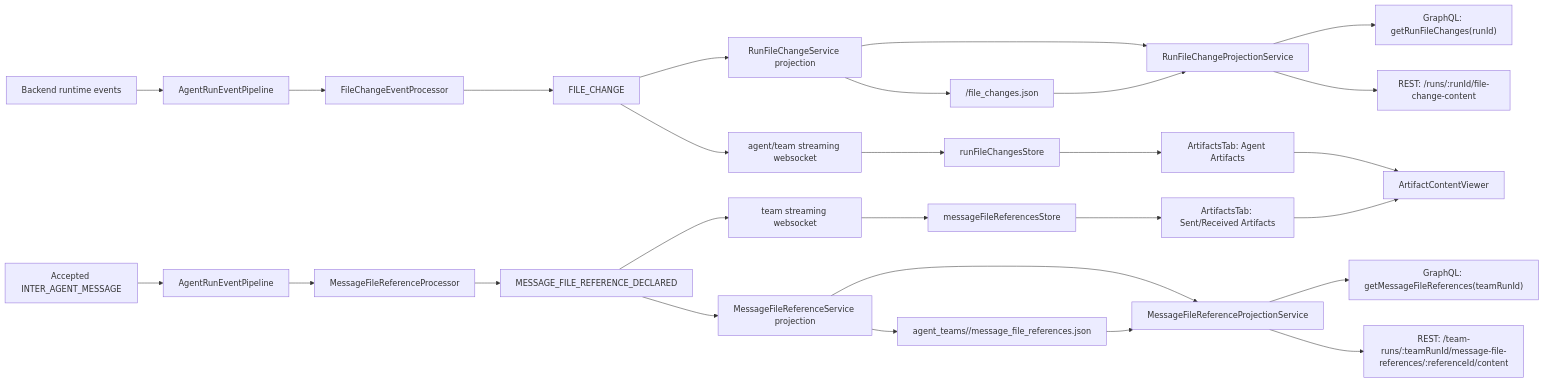
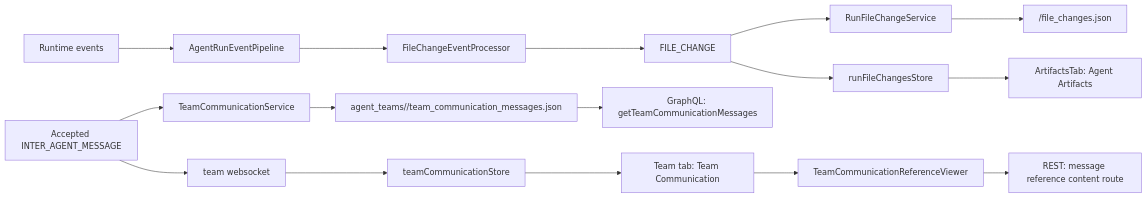
One commit to AutoByteus/autobyteus-workspace changed the diagram in autobyteus-web/docs/agent_artifacts.md. Above: the diagram before and after it, drawn with Mermaid. The commit also changed other lines of this file and 90 other files, not shown here.

Commit message:
Implement team communication messages UI

````diff
--- a/autobyteus-web/docs/agent_artifacts.md
+++ b/autobyteus-web/docs/agent_artifacts.md
@@ -97,32 +97,19 @@
 ```mermaid
 flowchart LR
-  A["Backend runtime events"] --> B["AgentRunEventPipeline"]
-  B --> C["FileChangeEventProcessor"]
-  C --> D["FILE_CHANGE"]
-  D --> E["RunFileChangeService projection"]
-  E --> F["<run-memory-dir>/file_changes.json"]
-  D --> G["agent/team streaming websocket"]
-  G --> H["runFileChangesStore"]
-  H --> I["ArtifactsTab: Agent Artifacts"]
-  I --> J["ArtifactContentViewer"]
+  A[Runtime events] --> B[AgentRunEventPipeline]
+  B --> C[FileChangeEventProcessor]
+  C --> D[FILE_CHANGE]
+  D --> E[RunFileChangeService]
+  E --> F[<run-memory-dir>/file_changes.json]
+  D --> G[runFileChangesStore]
+  G --> H[ArtifactsTab: Agent Artifacts]
 
-  E --> K["RunFileChangeProjectionService"]
-  F --> K
-  K --> L["GraphQL: getRunFileChanges(runId)"]
-  K --> M["REST: /runs/:runId/file-change-content"]
-
-  N["Accepted INTER_AGENT_MESSAGE"] --> O["AgentRunEventPipeline"]
-  O --> P["MessageFileReferenceProcessor"]
-  P --> Q["MESSAGE_FILE_REFERENCE_DECLARED"]
-  Q --> R["MessageFileReferenceService projection"]
-  R --> S["agent_teams/<teamRunId>/message_file_references.json"]
-  Q --> T["team streaming websocket"]
-  T --> U["messageFileReferencesStore"]
-  U --> V["ArtifactsTab: Sent/Received Artifacts"]
-  V --> J
-
-  R --> W["MessageFileReferenceProjectionService"]
-  S --> W
-  W --> X["GraphQL: getMessageFileReferences(teamRunId)"]
-  W --> Y["REST: /team-runs/:teamRunId/message-file-references/:referenceId/content"]
+  I[Accepted INTER_AGENT_MESSAGE] --> J[TeamCommunicationService]
+  J --> K[agent_teams/<teamRunId>/team_communication_messages.json]
+  I --> L[team websocket]
+  L --> M[teamCommunicationStore]
+  K --> N[GraphQL: getTeamCommunicationMessages]
+  M --> O[Team tab: Team Communication]
+  O --> P[TeamCommunicationReferenceViewer]
+  P --> Q[REST: message reference content route]
 ```
````
